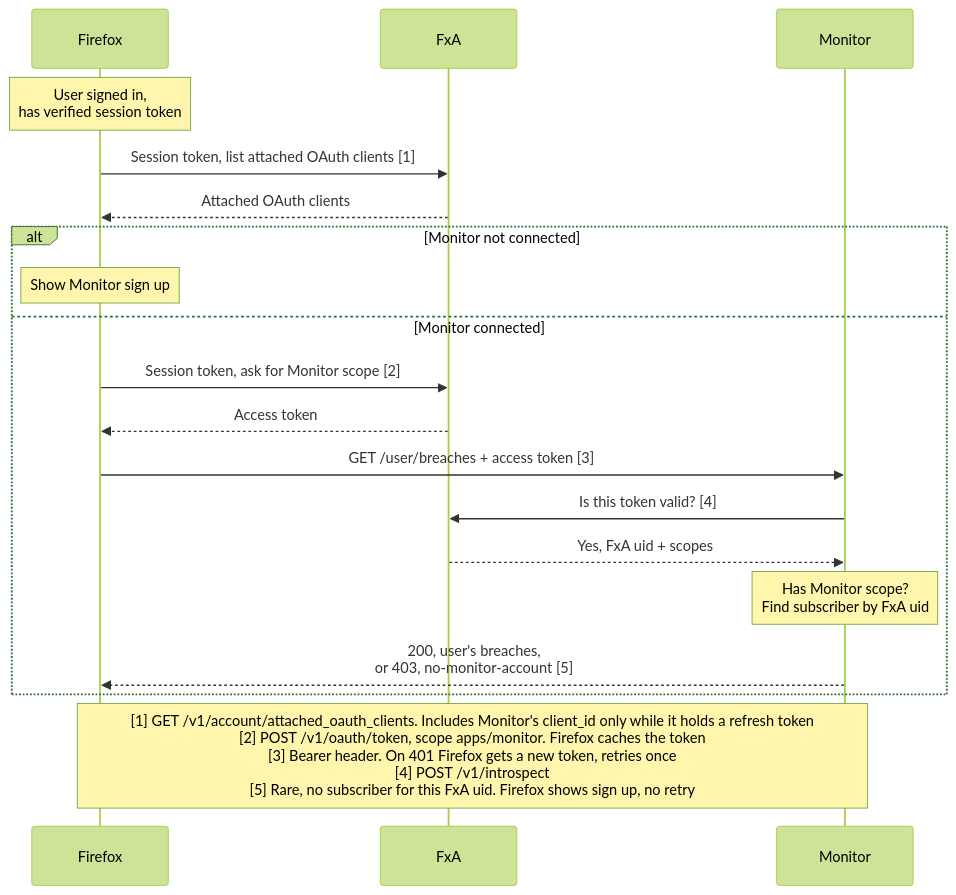
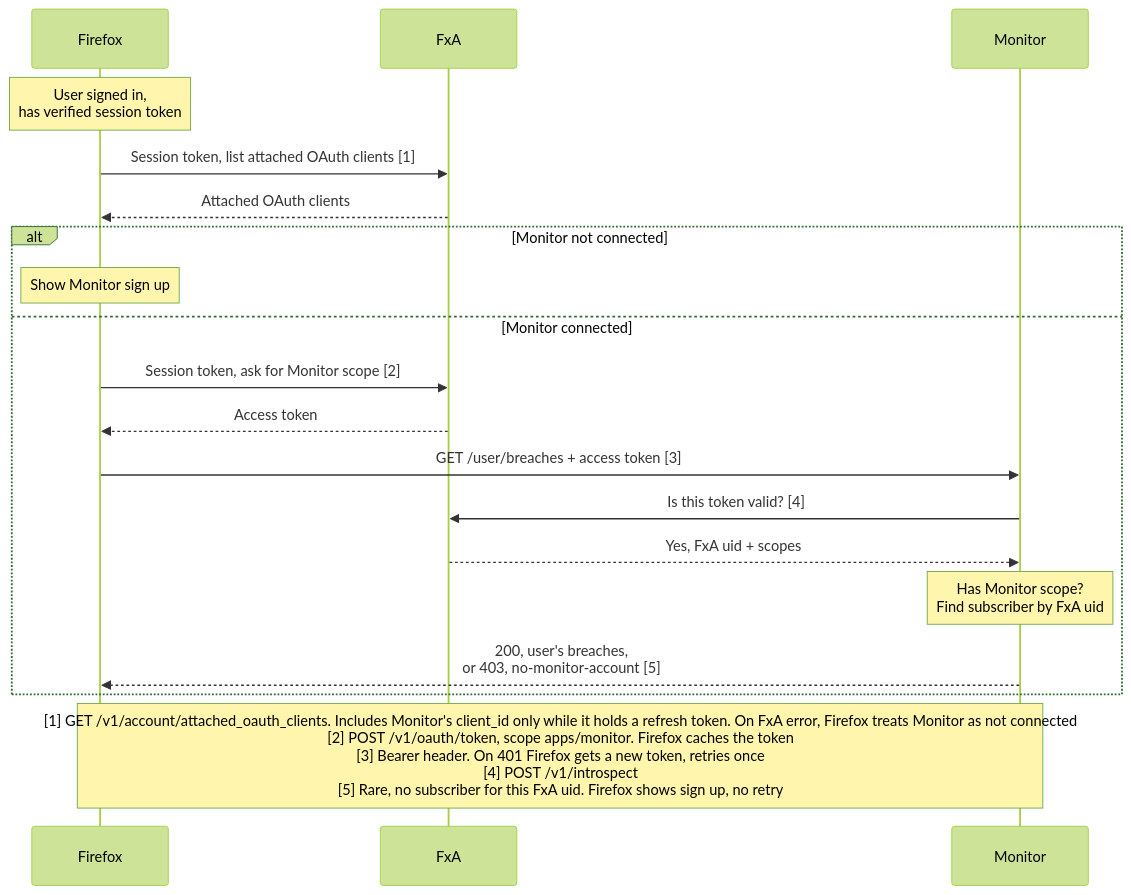
The first of 2 diagrams in docs/architecture/flows/firefox-api-auth.md (mozilla/blurts-server), drawn with Mermaid (forest theme) before and after one commit.

Commit message:
docs(fx-api): treat FxA fetch error as not connected

````diff
--- a/docs/architecture/flows/firefox-api-auth.md
+++ b/docs/architecture/flows/firefox-api-auth.md
@@ -37,23 +37,23 @@
 ```mermaid
 sequenceDiagram
     participant FE as Firefox
     participant FxA
     participant BE as Monitor
 
     Note over FE: User signed in,<br/>has verified session token
     FE->>FxA: Session token, list attached OAuth clients [1]
     FxA-->>FE: Attached OAuth clients
     alt Monitor not connected
         Note over FE: Show Monitor sign up
     else Monitor connected
         FE->>FxA: Session token, ask for Monitor scope [2]
         FxA-->>FE: Access token
         FE->>BE: GET /user/breaches + access token [3]
         BE->>FxA: Is this token valid? [4]
         FxA-->>BE: Yes, FxA uid + scopes
         Note over BE: Has Monitor scope?<br/>Find subscriber by FxA uid
         BE-->>FE: 200, user's breaches,<br/>or 403, no-monitor-account [5]
     end
 
-    Note over FE,BE: [1] GET /v1/account/attached_oauth_clients. Includes Monitor's client_id only while it holds a refresh token<br/>[2] POST /v1/oauth/token, scope apps/monitor. Firefox caches the token<br/>[3] Bearer header. On 401 Firefox gets a new token, retries once<br/>[4] POST /v1/introspect<br/>[5] Rare, no subscriber for this FxA uid. Firefox shows sign up, no retry
+    Note over FE,BE: [1] GET /v1/account/attached_oauth_clients. Includes Monitor's client_id only while it holds a refresh token. On FxA error, Firefox treats Monitor as not connected<br/>[2] POST /v1/oauth/token, scope apps/monitor. Firefox caches the token<br/>[3] Bearer header. On 401 Firefox gets a new token, retries once<br/>[4] POST /v1/introspect<br/>[5] Rare, no subscriber for this FxA uid. Firefox shows sign up, no retry
 ```
````
